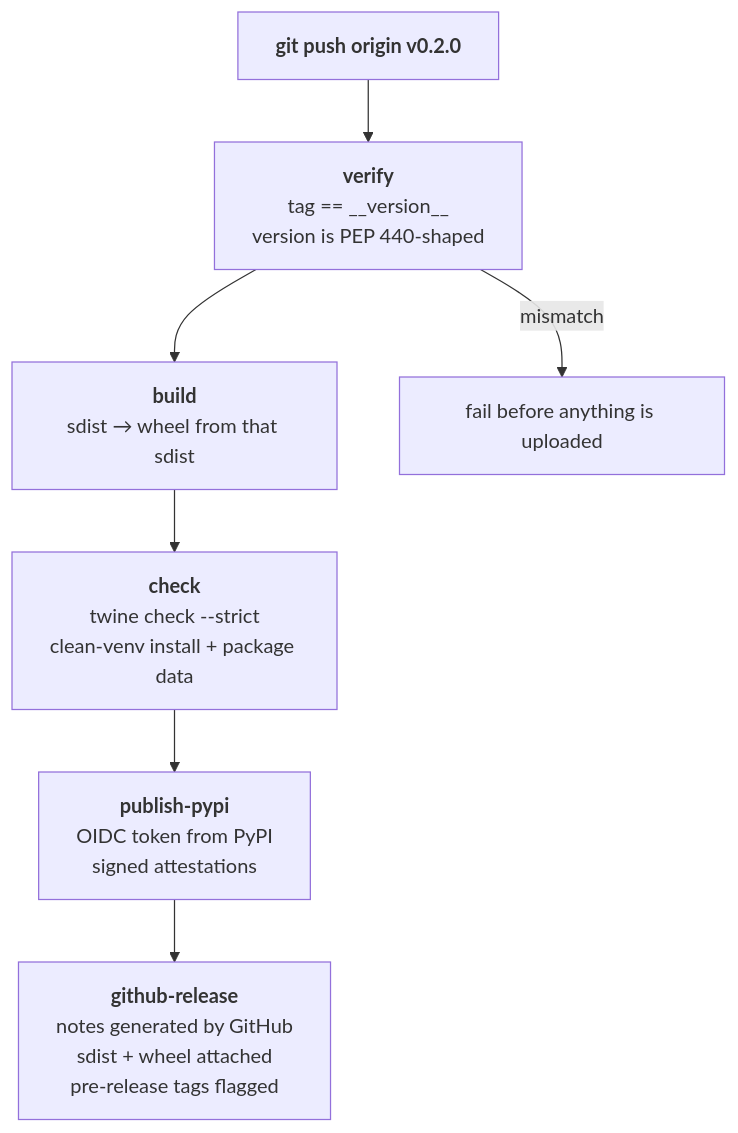
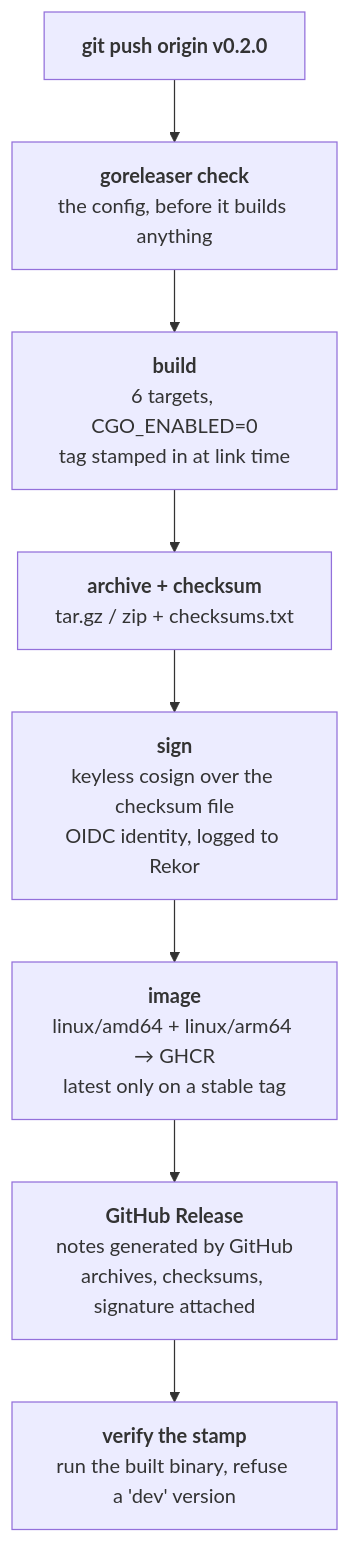
Before and after one commit to crewlet/crewlet: the diagram in RELEASING.md, drawn with Mermaid. The commit also changed other lines of this file and 2 other files, not shown here.

First line of the commit message:
docs: rewrite the contributor and release runbooks for the Go engine

````diff
--- a/RELEASING.md
+++ b/RELEASING.md
@@ -29,10 +17,11 @@
 ```mermaid
 flowchart TD
-    T["<b>git push origin v0.2.0</b>"] --> V
-    V["<b>verify</b><br/>tag == __version__<br/>version is PEP 440-shaped"] --> B
-    B["<b>build</b><br/>sdist → wheel from that sdist"] --> C
-    C["<b>check</b><br/>twine check --strict<br/>clean-venv install + package data"] --> P
-    P["<b>publish-pypi</b><br/>OIDC token from PyPI<br/>signed attestations"] --> G
-    G["<b>github-release</b><br/>notes generated by GitHub<br/>sdist + wheel attached<br/>pre-release tags flagged"]
-    V -->|mismatch| X["fail before anything is uploaded"]
+    T["<b>git push origin v0.2.0</b>"] --> C
+    C["<b>goreleaser check</b><br/>the config, before it builds anything"] --> B
+    B["<b>build</b><br/>6 targets, CGO_ENABLED=0<br/>tag stamped in at link time"] --> A
+    A["<b>archive + checksum</b><br/>tar.gz / zip + checksums.txt"] --> S
+    S["<b>sign</b><br/>keyless cosign over the checksum file<br/>OIDC identity, logged to Rekor"] --> I
+    I["<b>image</b><br/>linux/amd64 + linux/arm64 → GHCR<br/>latest only on a stable tag"] --> R
+    R["<b>GitHub Release</b><br/>notes generated by GitHub<br/>archives, checksums, signature attached"] --> V
+    V["<b>verify the stamp</b><br/>run the built binary, refuse a 'dev' version"]
 ```
````
